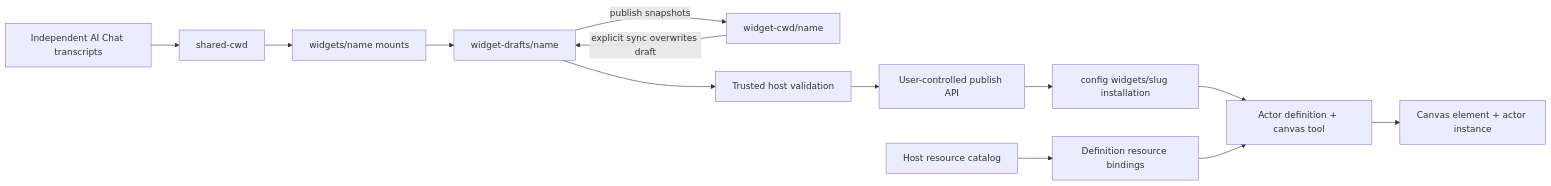
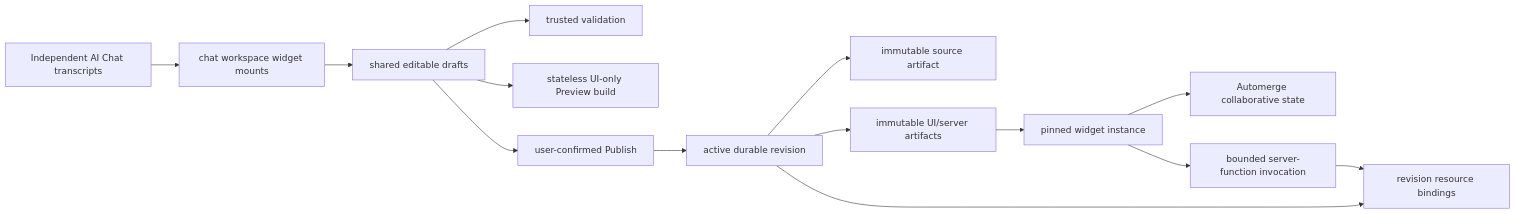
One commit to omnidraw/omnidraw changed the diagram in docs/internal/llm.widget-system.md. Above: the diagram before and after it, drawn with Mermaid. The commit also changed other lines of this file and 397 other files, not shown here.

Commit message:
implement artifact-backed widgets and stateless previews

````diff
--- a/docs/internal/llm.widget-system.md
+++ b/docs/internal/llm.widget-system.md
@@ -14,15 +14,16 @@
 ```mermaid
 flowchart LR
-  U["Independent AI Chat transcripts"] --> C["shared-cwd"]
-  C --> M["widgets/name mounts"]
-  M --> D["widget-drafts/name"]
-  P["widget-cwd/name"] -->|"explicit sync overwrites draft"| D
-  D --> V["Trusted host validation"]
-  V --> H["User-controlled publish API"]
-  D -->|"publish snapshots"| P
-  H --> I["config widgets/slug installation"]
-  I --> A["Actor definition + canvas tool"]
-  A --> E["Canvas element + actor instance"]
-  R["Host resource catalog"] --> B["Definition resource bindings"]
-  B --> A
+  C["Independent AI Chat transcripts"] --> M["chat workspace widget mounts"]
+  M --> D["shared editable drafts"]
+  D --> V["trusted validation"]
+  D --> P["stateless UI-only Preview build"]
+  D --> U["user-confirmed Publish"]
+  U --> R["active durable revision"]
+  R --> S["immutable source artifact"]
+  R --> B["immutable UI/server artifacts"]
+  R --> G["revision resource bindings"]
+  B --> I["pinned widget instance"]
+  I --> A["Automerge collaborative state"]
+  I --> F["bounded server-function invocation"]
+  F --> G
 ```
````
